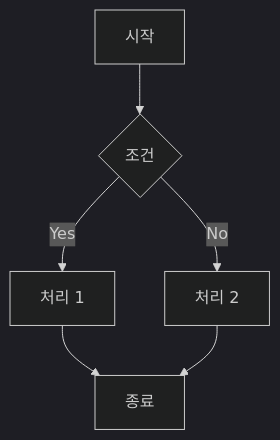
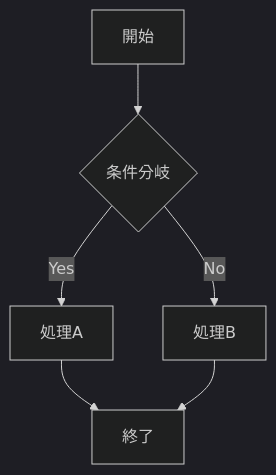
Before and after one commit to runkids/claude-skill-registry: the first of 8 diagrams in skills/data/mermaid-diagram/SKILL.md, drawn with Mermaid (dark theme). The commit also changed other lines of this file and 15747 other files, not shown here.

````diff
--- a/skills/data/mermaid-diagram/SKILL.md
+++ b/skills/data/mermaid-diagram/SKILL.md
@@ -86,8 +38,8 @@
 ```mermaid
-flowchart TD
-    A[시작] --> B{조건}
-    B -->|Yes| C[처리 1]
-    B -->|No| D[처리 2]
-    C --> E[종료]
+graph TD
+    A[開始] --> B{条件分岐}
+    B -->|Yes| C[処理A]
+    B -->|No| D[処理B]
+    C --> E[終了]
     D --> E
 ```
````
